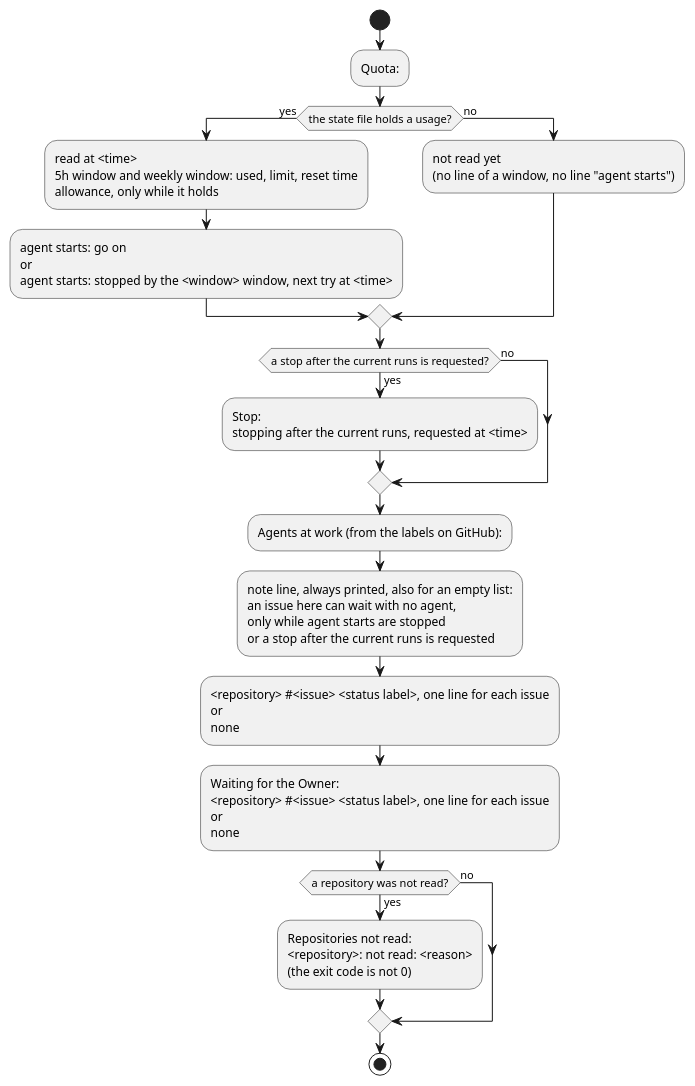
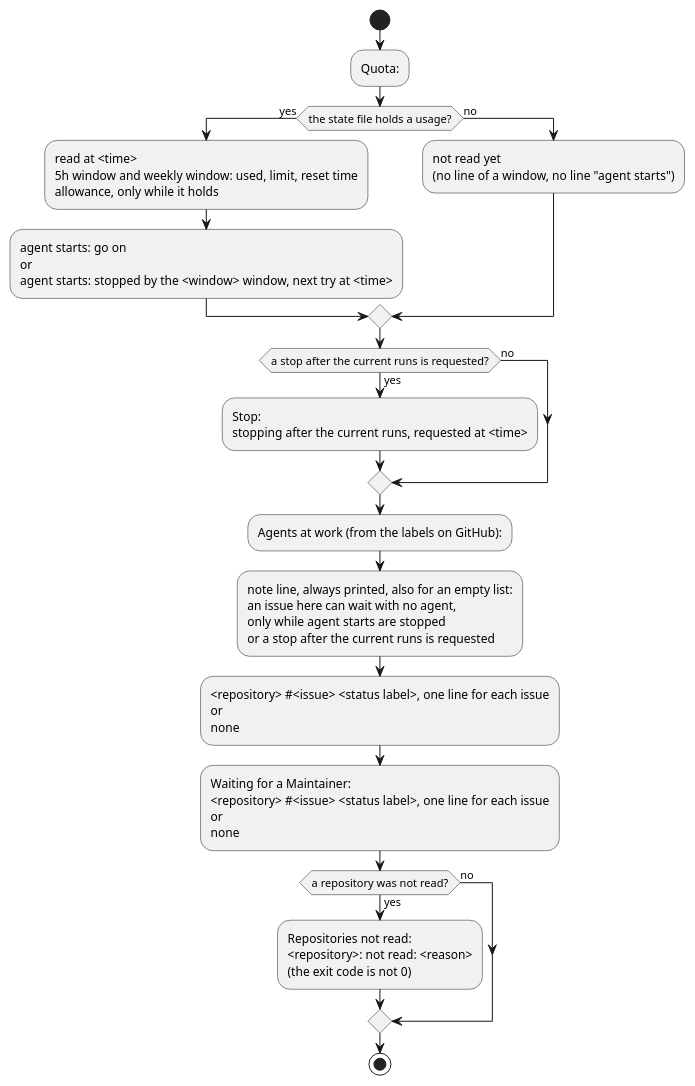
Before and after one commit to cloveclovedev/cumin-works: the diagram in docs/ja/designs/quota-status.puml, drawn with PlantUML. The commit also changed 39 other files, not shown here.

```diff
--- a/docs/ja/designs/quota-status.puml
+++ b/docs/ja/designs/quota-status.puml
@@ -1,29 +1,29 @@
 @startuml quota-status
 ' cumin works - the output of cumin status, from top to bottom.
 ' Document: quota.md, section on the output of cumin status.
 ' Render: run scripts/render-diagrams.sh at the root of the repository.
 skinparam shadowing false
 skinparam defaultFontName sans-serif
 
 start
 :Quota:;
 if (the state file holds a usage?) then (yes)
   :read at <time>\n5h window and weekly window: used, limit, reset time\nallowance, only while it holds;
   :agent starts: go on\nor\nagent starts: stopped by the <window> window, next try at <time>;
 else (no)
   :not read yet\n(no line of a window, no line "agent starts");
 endif
 if (a stop after the current runs is requested?) then (yes)
   :Stop:\nstopping after the current runs, requested at <time>;
 else (no)
 endif
 :Agents at work (from the labels on GitHub):;
 :note line, always printed, also for an empty list:\nan issue here can wait with no agent,\nonly while agent starts are stopped\nor a stop after the current runs is requested;
 :<repository> #<issue> <status label>, one line for each issue\nor\nnone;
-:Waiting for the Owner:\n<repository> #<issue> <status label>, one line for each issue\nor\nnone;
+:Waiting for a Maintainer:\n<repository> #<issue> <status label>, one line for each issue\nor\nnone;
 if (a repository was not read?) then (yes)
   :Repositories not read:\n<repository>: not read: <reason>\n(the exit code is not 0);
 else (no)
 endif
 stop
 @enduml
```
